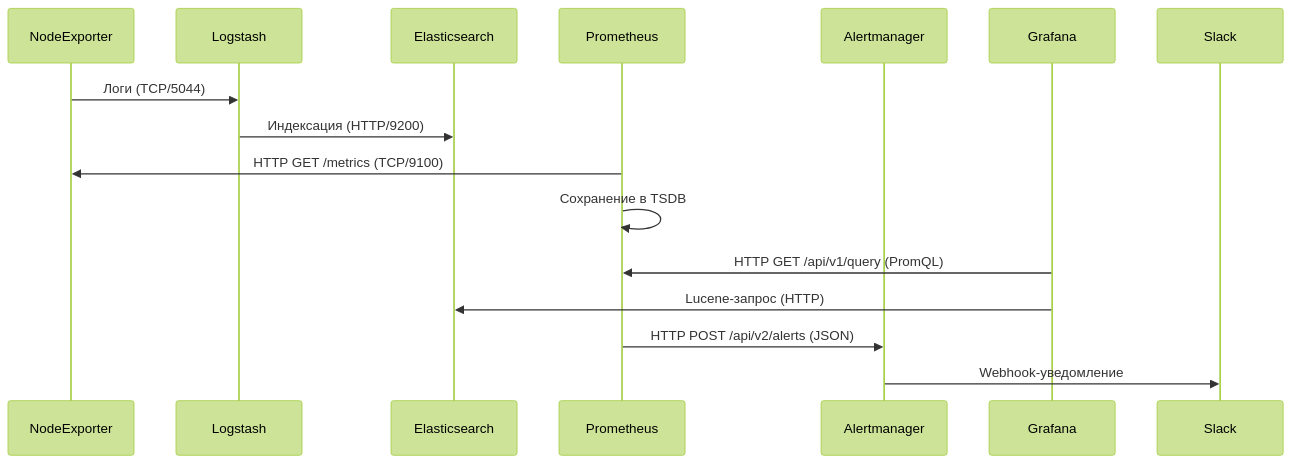
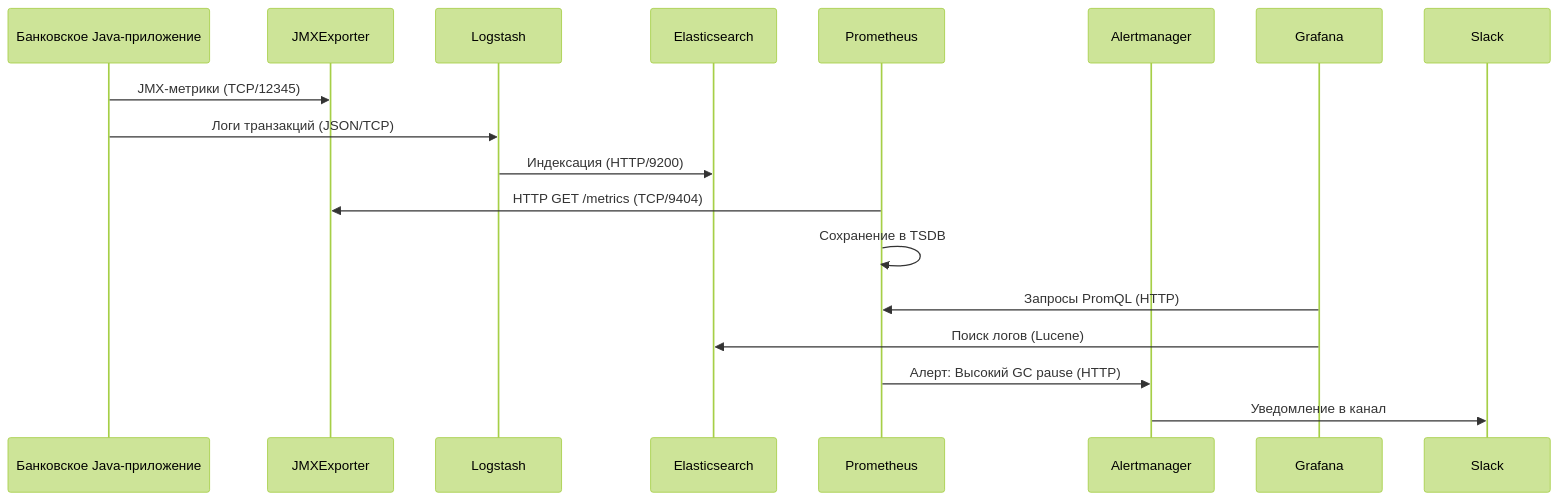
The first of 6 diagrams in Introduction_monitoring/README.md (lamjob1993/linux-monitoring), drawn with Mermaid (forest theme) before and after one commit. The commit also changed other lines of this file, not shown here.

````diff
--- a/Introduction_monitoring/README.md
+++ b/Introduction_monitoring/README.md
@@ -65,18 +64,20 @@
 ```mermaid  
 sequenceDiagram  
-    participant NodeExporter  
+    participant JavaApp as Банковское Java-приложение  
+    participant JMXExporter  
     participant Logstash  
     participant Elasticsearch  
     participant Prometheus  
     participant Alertmanager  
     participant Grafana  
 
-    NodeExporter->>Logstash: Логи (TCP/5044)  
+    JavaApp->>JMXExporter: JMX-метрики (TCP/12345)  
+    JavaApp->>Logstash: Логи транзакций (JSON/TCP)  
     Logstash->>Elasticsearch: Индексация (HTTP/9200)  
-    Prometheus->>NodeExporter: HTTP GET /metrics (TCP/9100)  
+    Prometheus->>JMXExporter: HTTP GET /metrics (TCP/9404)  
     Prometheus->>Prometheus: Сохранение в TSDB  
-    Grafana->>Prometheus: HTTP GET /api/v1/query (PromQL)  
-    Grafana->>Elasticsearch: Lucene-запрос (HTTP)  
-    Prometheus->>Alertmanager: HTTP POST /api/v2/alerts (JSON)  
-    Alertmanager->>Slack: Webhook-уведомление  
+    Grafana->>Prometheus: Запросы PromQL (HTTP)  
+    Grafana->>Elasticsearch: Поиск логов (Lucene)  
+    Prometheus->>Alertmanager: Алерт: Высокий GC pause (HTTP)  
+    Alertmanager->>Slack: Уведомление в канал #alerts  
 ```  
````
